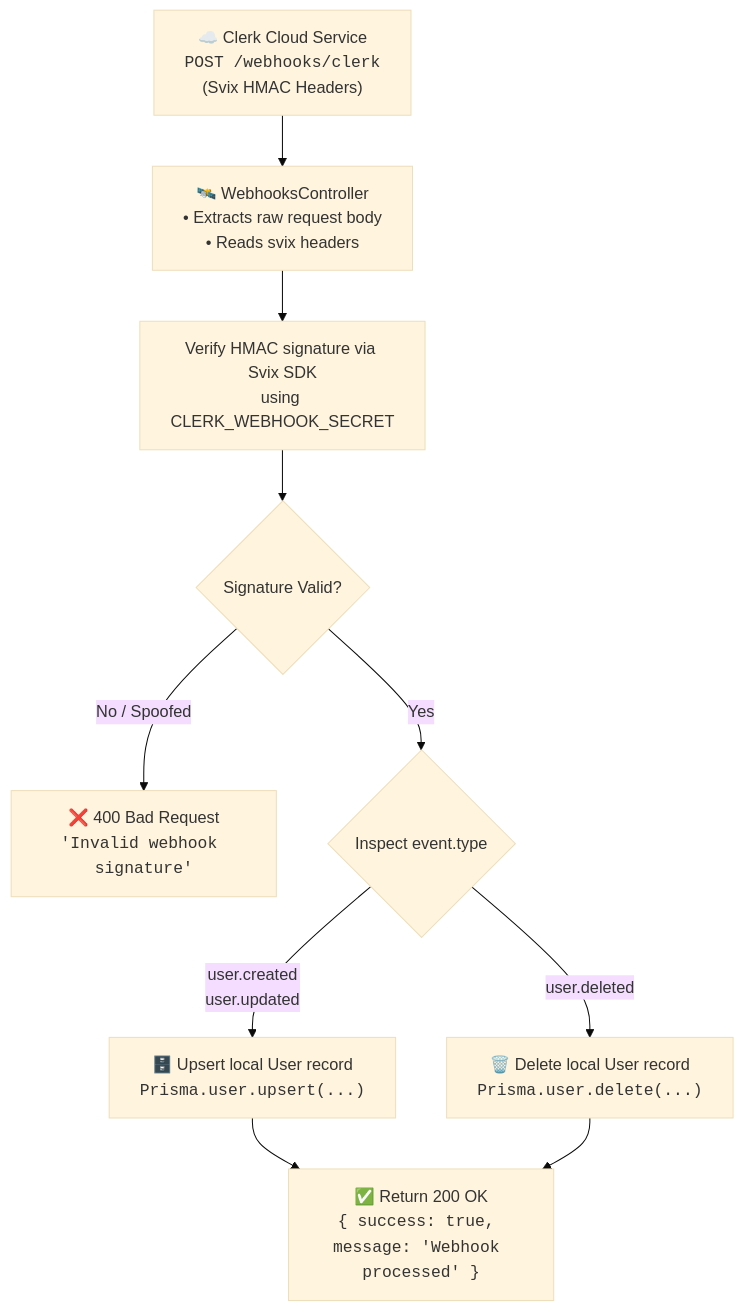
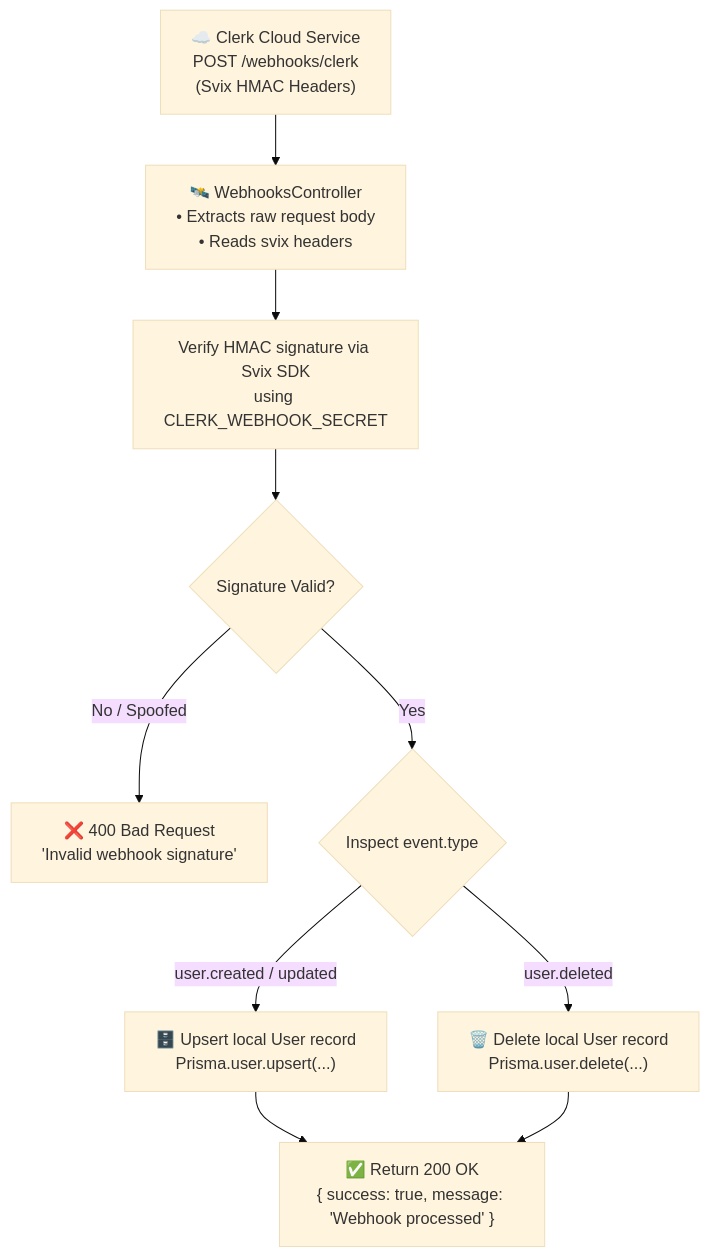
The diagram in docs/modules/webhooks.md (likha-innovations/sagana-backend), drawn with Mermaid (base theme) before and after one commit. The commit also changed 4 other files, not shown here.

Commit message:
docs(ui): fix the ui outline of every diagram

````diff
--- a/docs/modules/webhooks.md
+++ b/docs/modules/webhooks.md
@@ -9,17 +9,17 @@
 ```mermaid
 flowchart TD
-    Clerk["☁️ Clerk Cloud Service<br/><code>POST /webhooks/clerk</code><br/>(Svix HMAC Headers)"] --> Controller["🛰️ WebhooksController<br/>• Extracts raw request body<br/>• Reads svix headers"]
+    Clerk["☁️ Clerk Cloud Service<br/>POST /webhooks/clerk<br/>(Svix HMAC Headers)"] --> Controller["🛰️ WebhooksController<br/>• Extracts raw request body<br/>• Reads svix headers"]
     
     Controller --> Svix["Verify HMAC signature via Svix SDK<br/>using CLERK_WEBHOOK_SECRET"]
     
     Svix --> VerifyCheck{Signature Valid?}
-    VerifyCheck -->|No / Spoofed| Err["❌ 400 Bad Request<br/><code>'Invalid webhook signature'</code>"]
+    VerifyCheck -->|No / Spoofed| Err["❌ 400 Bad Request<br/>'Invalid webhook signature'"]
     
     VerifyCheck -->|Yes| TypeCheck{Inspect event.type}
     
-    TypeCheck -->|user.created<br/>user.updated| Upsert["🗄️ Upsert local User record<br/><code>Prisma.user.upsert(...)</code>"]
-    TypeCheck -->|user.deleted| Delete["🗑️ Delete local User record<br/><code>Prisma.user.delete(...)</code>"]
+    TypeCheck -->|user.created / updated| Upsert["🗄️ Upsert local User record<br/>Prisma.user.upsert(...)"]
+    TypeCheck -->|user.deleted| Delete["🗑️ Delete local User record<br/>Prisma.user.delete(...)"]
     
-    Upsert --> Success["✅ Return 200 OK<br/><code>{ success: true, message: 'Webhook processed' }</code>"]
+    Upsert --> Success["✅ Return 200 OK<br/>{ success: true, message: 'Webhook processed' }"]
     Delete --> Success
 ```
````
